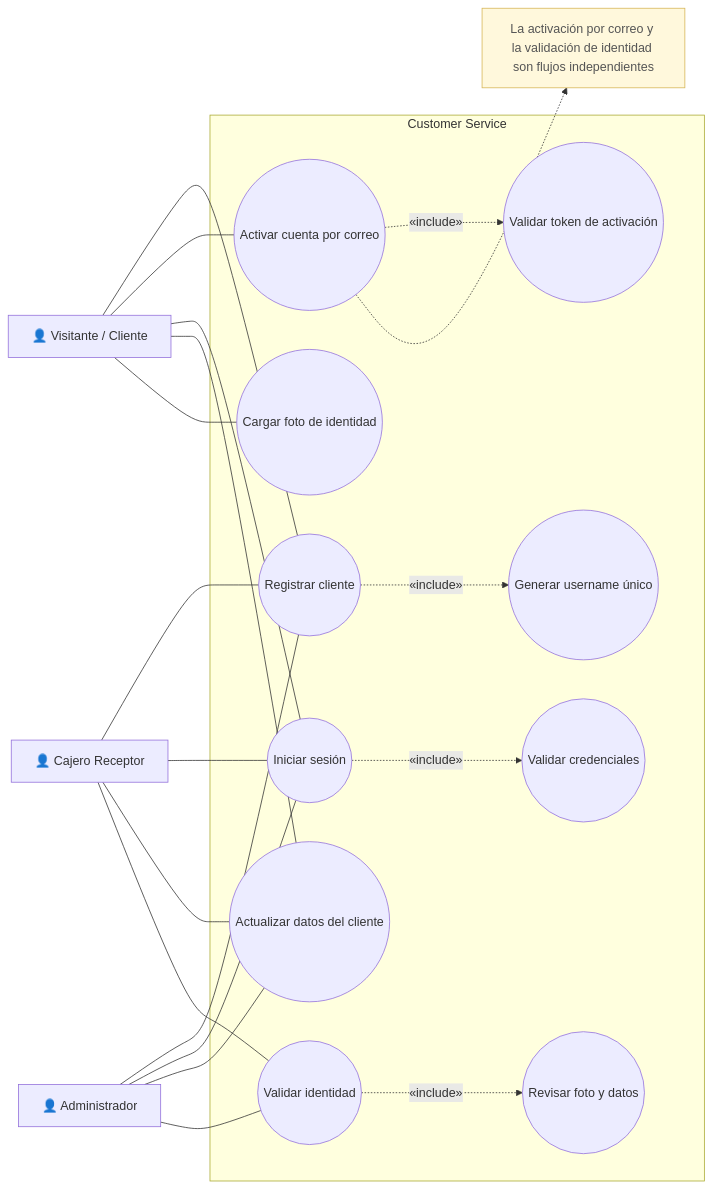
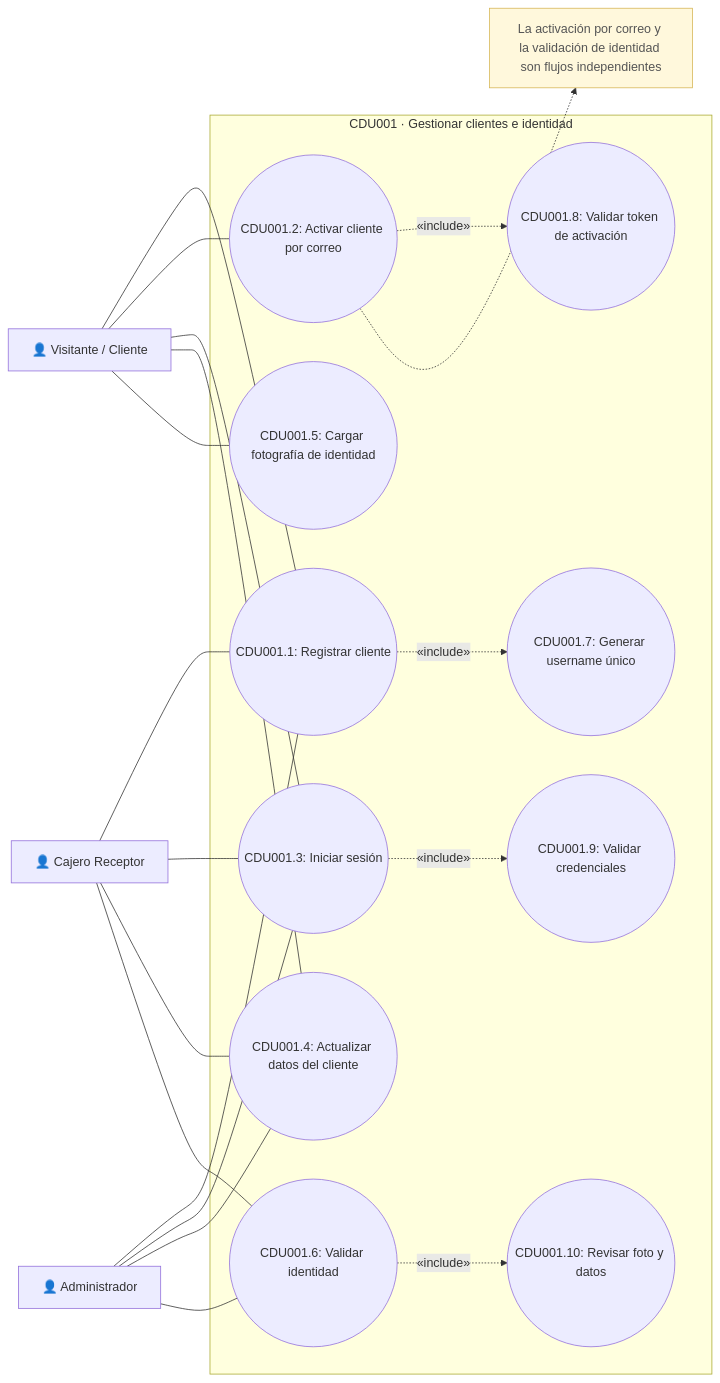
One commit to marcosbondel/Proyecto-SA-B-2 changed the diagram in docs/architecture/diagrams/cdu/customer/customer-casos-de-uso.mmd. Above: the diagram before and after it, drawn with Mermaid. The commit also changed 62 other files, not shown here.

Commit message:
Reorganize CDU diagrams by numbered use cases

```diff
--- a/docs/architecture/diagrams/cdu/customer/customer-casos-de-uso.mmd
+++ b/docs/architecture/diagrams/cdu/customer/customer-casos-de-uso.mmd
@@ -1,41 +1,41 @@
 flowchart LR
     client["👤 Visitante / Cliente"]
     teller["👤 Cajero Receptor"]
     admin["👤 Administrador"]
 
-    subgraph customer["Customer Service"]
-        register(("Registrar cliente"))
-        username(("Generar username único"))
-        activate(("Activar cuenta por correo"))
-        token(("Validar token de activación"))
-        login(("Iniciar sesión"))
-        credentials(("Validar credenciales"))
-        update(("Actualizar datos del cliente"))
-        upload(("Cargar foto de identidad"))
-        identity(("Validar identidad"))
-        review(("Revisar foto y datos"))
+    subgraph customer["CDU001 · Gestionar clientes e identidad"]
+        register(("CDU001.1: Registrar cliente"))
+        activate(("CDU001.2: Activar cliente por correo"))
+        login(("CDU001.3: Iniciar sesión"))
+        update(("CDU001.4: Actualizar datos del cliente"))
+        upload(("CDU001.5: Cargar fotografía de identidad"))
+        identity(("CDU001.6: Validar identidad"))
+        username(("CDU001.7: Generar username único"))
+        token(("CDU001.8: Validar token de activación"))
+        credentials(("CDU001.9: Validar credenciales"))
+        review(("CDU001.10: Revisar foto y datos"))
     end
 
     client --- register
     client --- activate
     client --- login
     client --- update
     client --- upload
     teller --- register
     teller --- login
     teller --- update
     teller --- identity
     admin --- register
     admin --- login
     admin --- update
     admin --- identity
 
     register -. "«include»" .-> username
     activate -. "«include»" .-> token
     login -. "«include»" .-> credentials
     identity -. "«include»" .-> review
 
     note["La activación por correo y la validación de identidad son flujos independientes"]:::note
     activate -.-> note
 
     classDef note fill:#FFF8DC,stroke:#D6B656,color:#555555;
```
